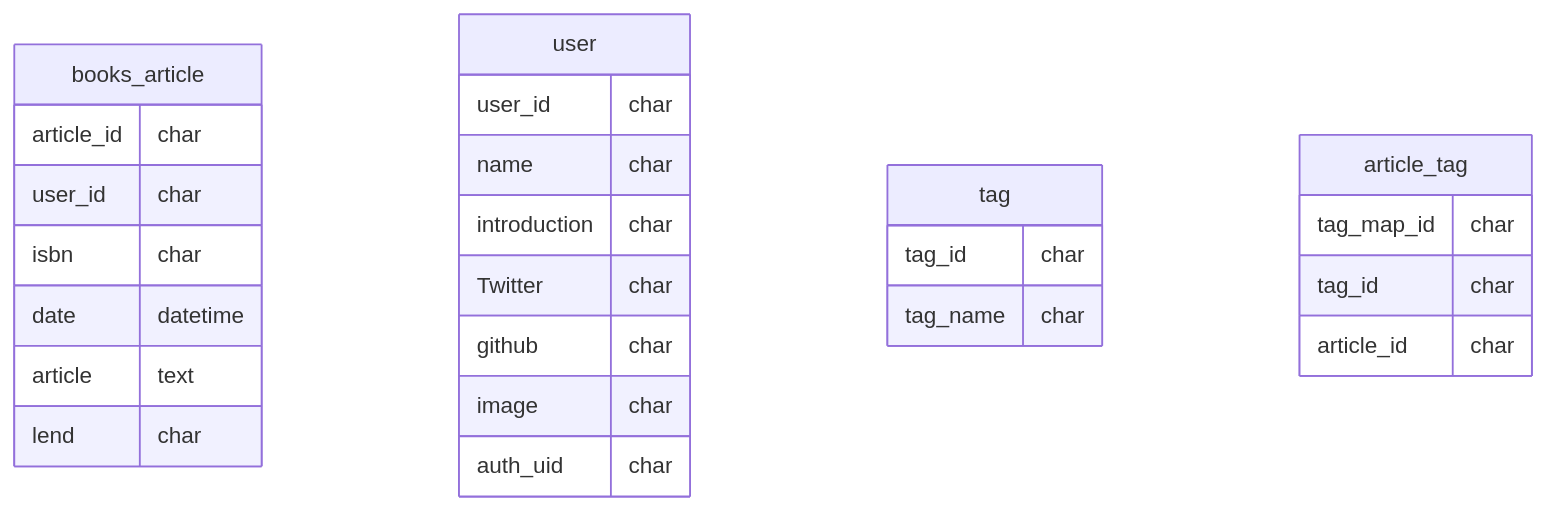
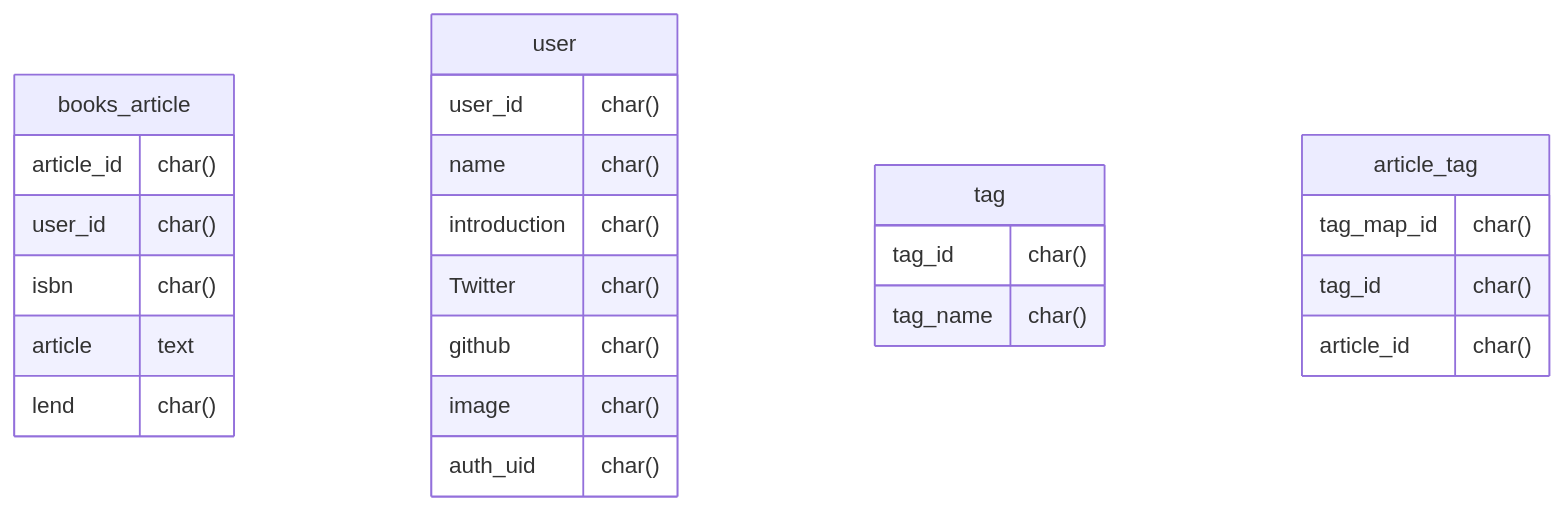
The diagram in README.md (hackz-hackathon-giganoto/team-l), drawn with Mermaid before and after one commit.

````diff
--- a/README.md
+++ b/README.md
@@ -130,34 +130,33 @@
 ```mermaid
 erDiagram
 
 books_article{
-  article_id char
-  user_id char
-  isbn char
-  date datetime
-  article text
-  lend char
+  article_id char()
+  user_id char()
+  isbn char()
+  article text 
+  lend char()
 }
 
 user{
-  user_id char
-  name char
-  introduction char
-  Twitter char
-  github char
-  image char
-  auth_uid char
+  user_id char()
+  name char()
+  introduction char()
+  Twitter char()
+  github char()
+  image char()
+  auth_uid char()
 }
 
 tag{
-  tag_id char
-  tag_name char
+  tag_id char()
+  tag_name char()
 }
 
 article_tag{
-  tag_map_id char
-  tag_id char
-  article_id char
+  tag_map_id char()
+  tag_id char()
+  article_id char()
 }
 
 ```
````
